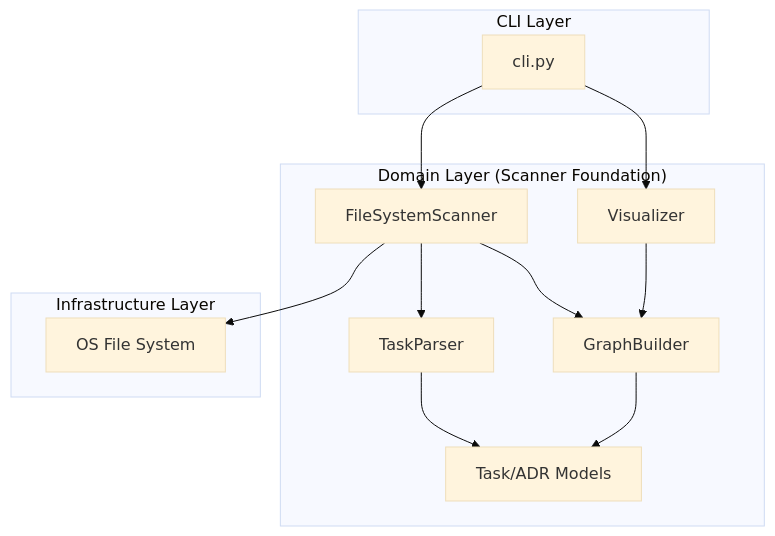
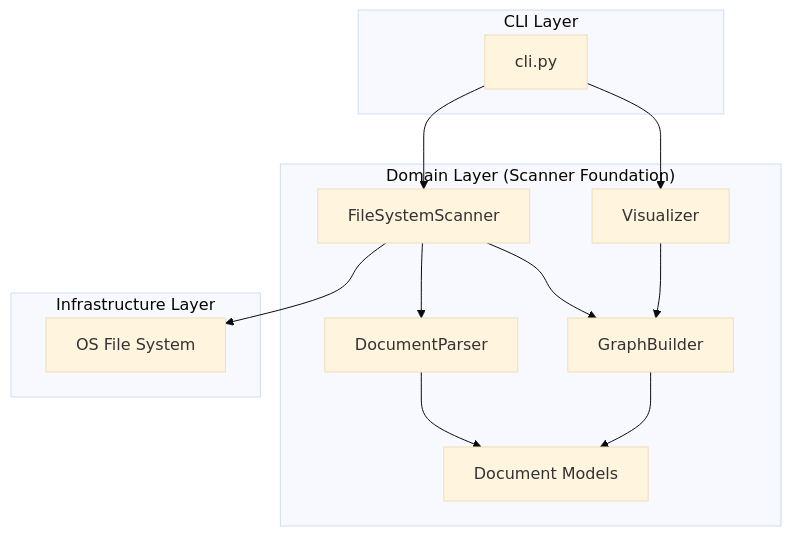
One commit to masa-codehub/issue_creator_kit changed the first of 3 diagrams in docs/architecture/arch-structure-008-scanner.md. Above: the diagram before and after it, drawn with Mermaid (base theme). The commit also changed other lines of this file and 3 other files, not shown here.

Commit message:
docs(spec): update GraphBuilder and Visualizer spec based on review #328

````diff
--- a/docs/architecture/arch-structure-008-scanner.md
+++ b/docs/architecture/arch-structure-008-scanner.md
@@ -10,27 +10,27 @@
 ```mermaid
 graph TD
     subgraph "CLI Layer"
         CLI[cli.py]
     end
 
     subgraph "Domain Layer (Scanner Foundation)"
         FS[FileSystemScanner]
-        Parser[TaskParser]
+        Parser[DocumentParser]
         Builder[GraphBuilder]
-        Model[Task/ADR Models]
+        Model[Document Models]
         Visualizer[Visualizer]
     end
 
     subgraph "Infrastructure Layer"
         OS[OS File System]
     end
 
     CLI --> FS
     CLI --> Visualizer
     FS --> OS
     FS --> Parser
     FS --> Builder
     Parser --> Model
     Builder --> Model
     Visualizer --> Builder
 ```
````
